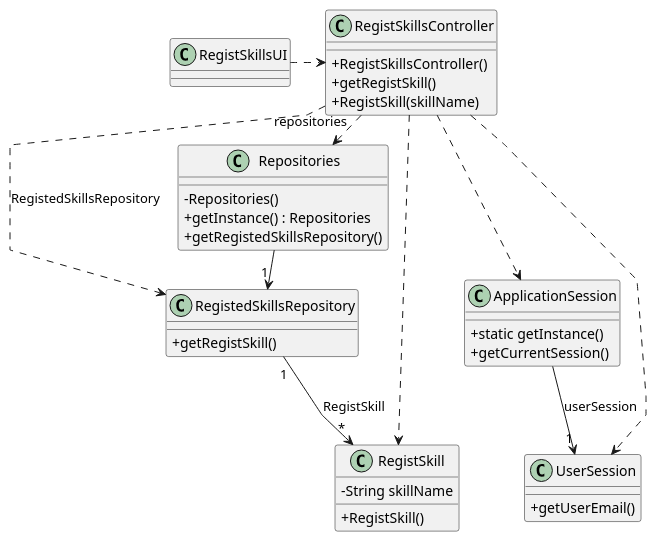
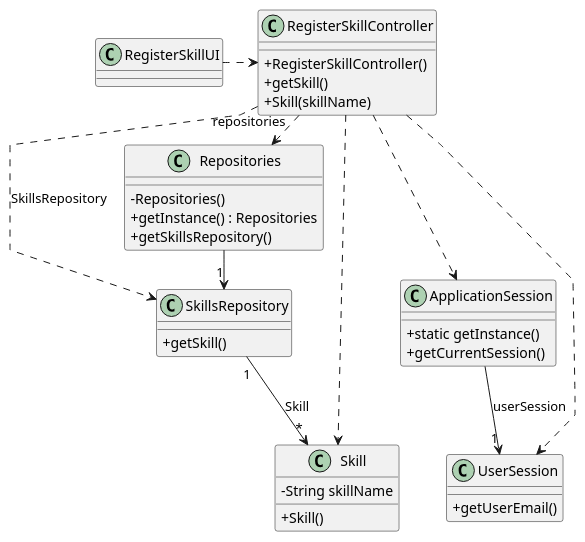
Before and after one commit to 1231360-ISEP/lei-24-s2-1db-g021: the diagram in docs/sprint2/us001/03.design/puml/us001-class-diagram.puml, drawn with PlantUML. The commit also changed 10 other files, not shown here.

```diff
--- a/docs/sprint2/us001/03.design/puml/us001-class-diagram.puml
+++ b/docs/sprint2/us001/03.design/puml/us001-class-diagram.puml
@@ -1,59 +1,59 @@
 @startuml
 skinparam packageStyle rectangle
 skinparam shadowing false
 skinparam linetype polyline
 skinparam classAttributeIconSize 0
 
 class ApplicationSession
 {
     + static getInstance()
     + getCurrentSession()
 }
 
 class UserSession
 {
     + getUserEmail()
 }
 
-class RegistSkill {
+class Skill {
     - String skillName
-    + RegistSkill()
+    + Skill()
 }
 
-class RegistedSkillsRepository {
-    + getRegistSkill()
+class SkillsRepository {
+    + getSkill()
 }
 
 class Repositories {
     - Repositories()
     + getInstance() : Repositories
-    + getRegistedSkillsRepository()
+    + getSkillsRepository()
 }
 
-class RegistSkillsController {
-    + RegistSkillsController()
-    + getRegistSkill()
-    + RegistSkill(skillName)
+class RegisterSkillController {
+    + RegisterSkillController()
+    + getSkill()
+    + Skill(skillName)
 }
 
-class RegistSkillsUI {
+class RegisterSkillUI {
 }
 
-RegistSkillsUI .> RegistSkillsController
+RegisterSkillUI .> RegisterSkillController
 
-RegistSkillsController .> Repositories : repositories
+RegisterSkillController .> Repositories : repositories
 
-Repositories -> "1" RegistedSkillsRepository
+Repositories -> "1" SkillsRepository
 
-RegistSkillsController ..> RegistSkill
-RegistSkillsController ..> RegistedSkillsRepository : RegistedSkillsRepository
+RegisterSkillController ..> Skill
+RegisterSkillController ..> SkillsRepository : SkillsRepository
 
 
 ApplicationSession --> "1" UserSession : userSession
 
-RegistSkillsController ..> ApplicationSession
-RegistSkillsController ..> UserSession
-RegistedSkillsRepository "1" --> "*" RegistSkill : RegistSkill
+RegisterSkillController ..> ApplicationSession
+RegisterSkillController ..> UserSession
+SkillsRepository "1" --> "*" Skill : Skill
 
 
 @enduml
```
